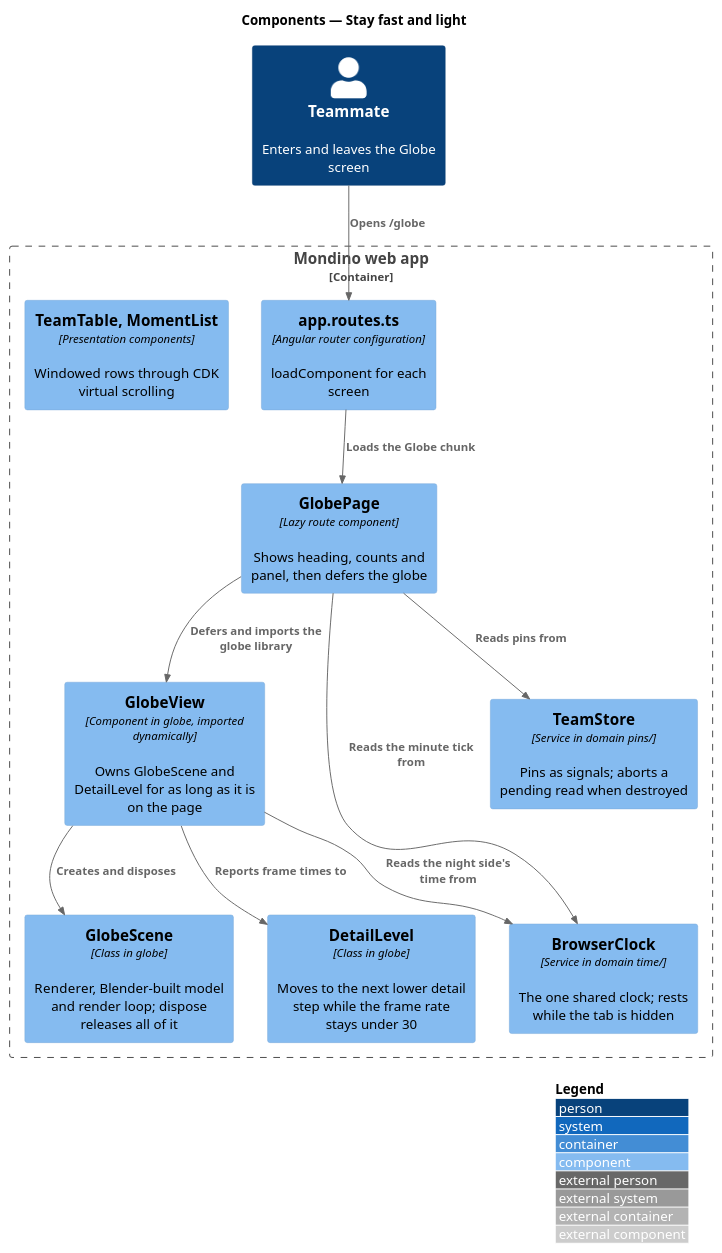
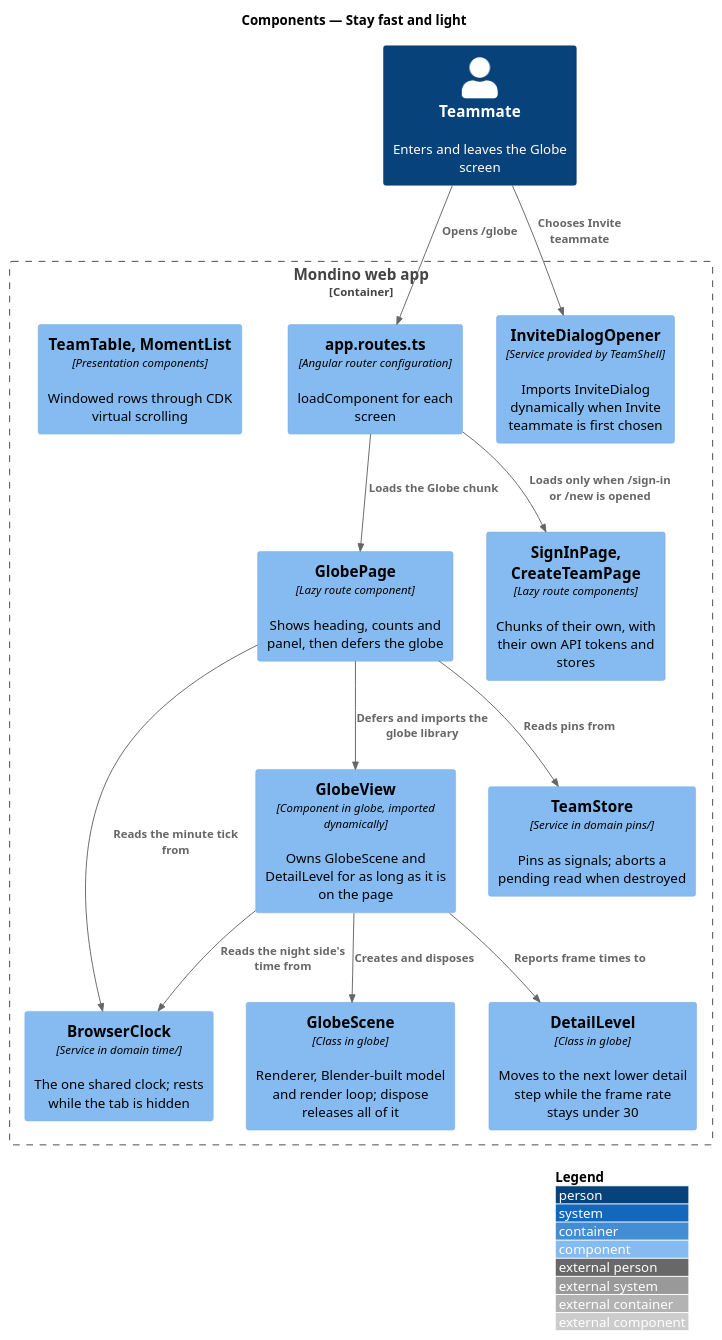
Before and after one commit to QuinntyneBrown/Mondino: the diagram in docs/detailed-designs/platform/stay-fast-and-light/diagrams/c4-component.puml, drawn with PlantUML. The commit also changed 184 other files, not shown here.

```diff
--- a/docs/detailed-designs/platform/stay-fast-and-light/diagrams/c4-component.puml
+++ b/docs/detailed-designs/platform/stay-fast-and-light/diagrams/c4-component.puml
@@ -1,25 +1,29 @@
 @startuml
 !include <C4/C4_Component>
 LAYOUT_WITH_LEGEND()
 title Components — Stay fast and light
 
 Person(teammate, "Teammate", "Enters and leaves the Globe screen")
 Container_Boundary(spa, "Mondino web app") {
   Component(routes, "app.routes.ts", "Angular router configuration", "loadComponent for each screen")
   Component(page, "GlobePage", "Lazy route component", "Shows heading, counts and panel, then defers the globe")
   Component(view, "GlobeView", "Component in globe, imported dynamically", "Owns GlobeScene and DetailLevel for as long as it is on the page")
   Component(scene, "GlobeScene", "Class in globe", "Renderer, Blender-built model and render loop; dispose releases all of it")
   Component(detail, "DetailLevel", "Class in globe", "Moves to the next lower detail step while the frame rate stays under 30")
   Component(clock, "BrowserClock", "Service in domain time/", "The one shared clock; rests while the tab is hidden")
   Component(store, "TeamStore", "Service in domain pins/", "Pins as signals; aborts a pending read when destroyed")
+  Component(opener, "InviteDialogOpener", "Service provided by TeamShell", "Imports InviteDialog dynamically when Invite teammate is first chosen")
+  Component(auth, "SignInPage, CreateTeamPage", "Lazy route components", "Chunks of their own, with their own API tokens and stores")
   Component(lists, "TeamTable, MomentList", "Presentation components", "Windowed rows through CDK virtual scrolling")
 }
 Rel(teammate, routes, "Opens /globe")
 Rel(routes, page, "Loads the Globe chunk")
+Rel(routes, auth, "Loads only when /sign-in or /new is opened")
+Rel(teammate, opener, "Chooses Invite teammate")
 Rel(page, view, "Defers and imports the globe library")
 Rel(view, scene, "Creates and disposes")
 Rel(view, detail, "Reports frame times to")
 Rel(view, clock, "Reads the night side's time from")
 Rel(page, store, "Reads pins from")
 Rel(page, clock, "Reads the minute tick from")
 @enduml
```
